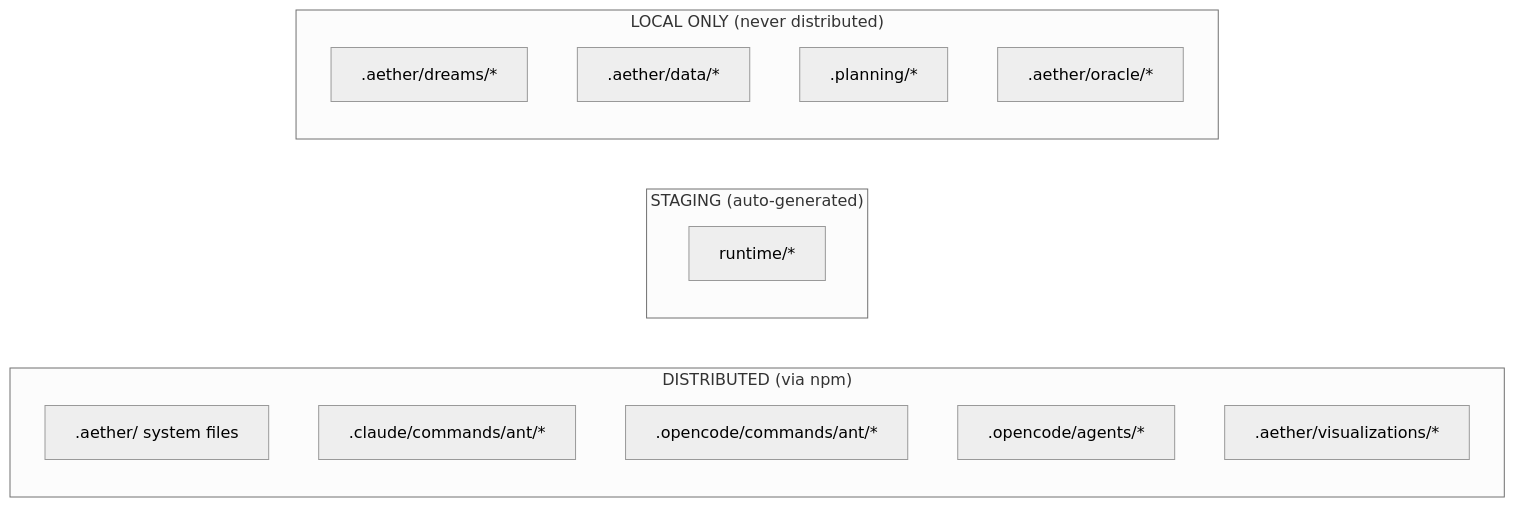
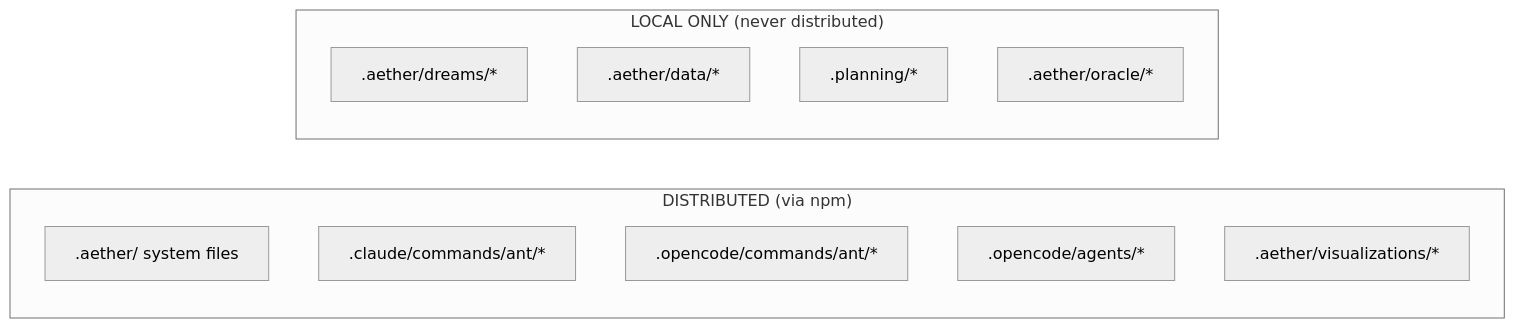
The second of 4 diagrams in RUNTIME UPDATE ARCHITECTURE.md (calcosmic/Aether), drawn with Mermaid (neutral theme) before and after one commit. The commit also changed other lines of this file and 2 other files, not shown here.

First line of the commit message:
docs(20-03): update architecture docs for v4.0 direct packaging

````diff
--- a/RUNTIME UPDATE ARCHITECTURE.md
+++ b/RUNTIME UPDATE ARCHITECTURE.md
@@ -66,21 +65,17 @@
 ```mermaid
 flowchart LR
     subgraph distributed ["DISTRIBUTED (via npm)"]
         D1[".aether/ system files"]
         D5[".claude/commands/ant/*"]
         D6[".opencode/commands/ant/*"]
         D7[".opencode/agents/*"]
         D8[".aether/visualizations/*"]
     end
 
-    subgraph staging ["STAGING (auto-generated)"]
-        S1["runtime/*"]
-    end
-
     subgraph local ["LOCAL ONLY (never distributed)"]
         L1[".aether/dreams/*"]
         L2[".aether/data/*"]
         L3[".planning/*"]
         L4[".aether/oracle/*"]
     end
 ```
````
